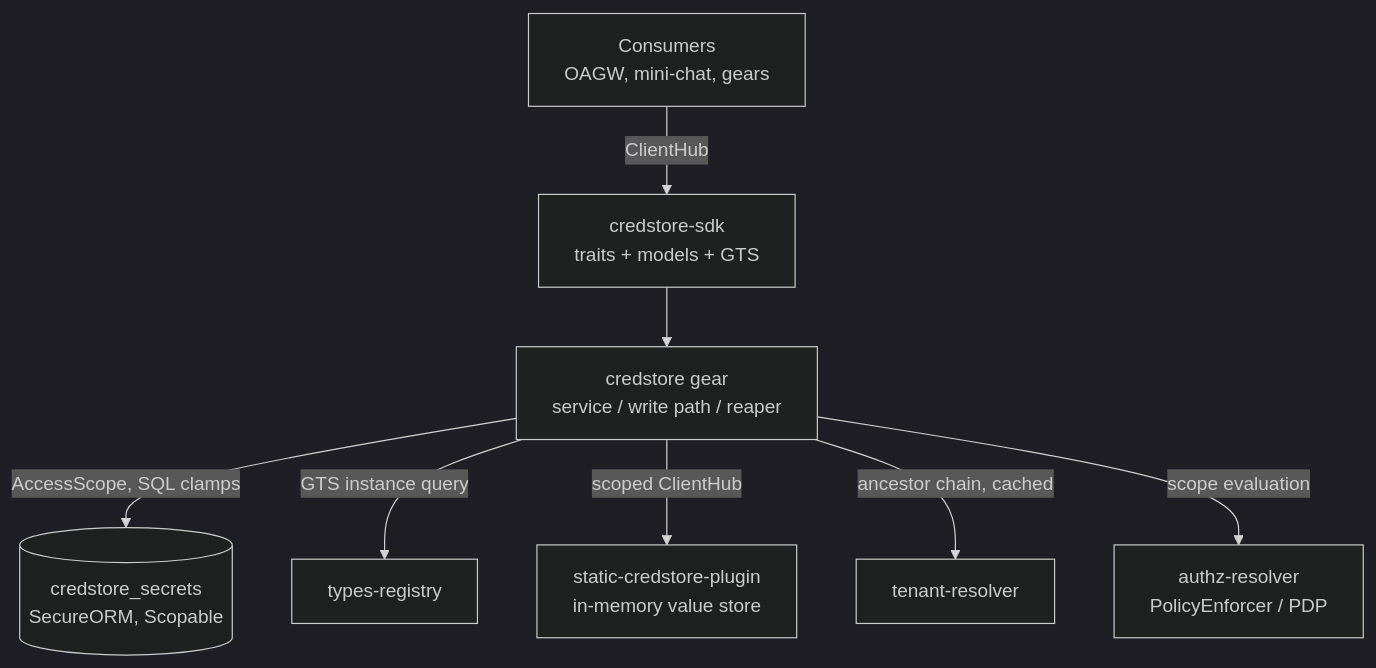
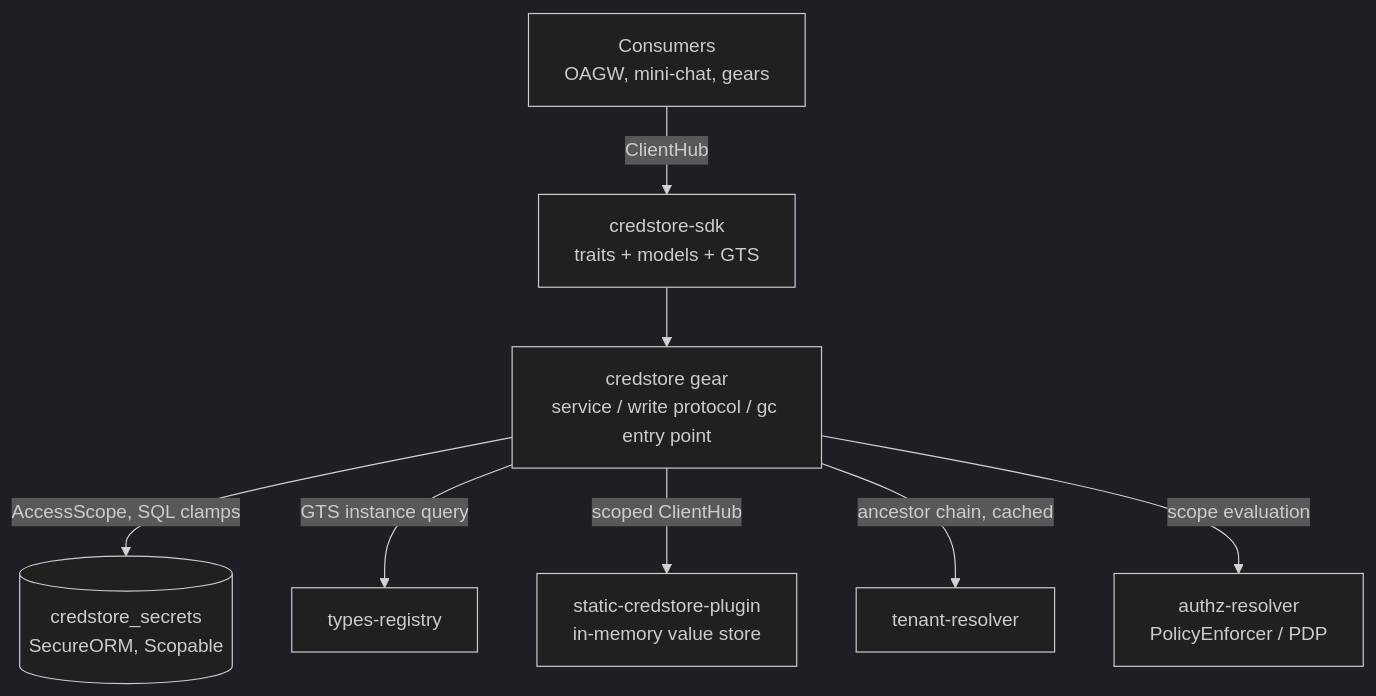
One commit to constructorfabric/gears-rust changed the first of 5 diagrams in gears/credstore/docs/DESIGN.md. Above: the diagram before and after it, drawn with Mermaid (dark theme). The commit also changed other lines of this file and 4 other files, not shown here.

````diff
--- a/gears/credstore/docs/DESIGN.md
+++ b/gears/credstore/docs/DESIGN.md
@@ -305,19 +299,19 @@
 ```mermaid
 graph TB
     Consumer[Consumers<br/>OAGW, mini-chat, gears]
     SDK[credstore-sdk<br/>traits + models + GTS]
-    GW[credstore gear<br/>service / write path / reaper]
+    GW[credstore gear<br/>service / write protocol / gc entry point]
     REPO[(credstore_secrets<br/>SecureORM, Scopable)]
     SP[static-credstore-plugin<br/>in-memory value store]
     PDP[authz-resolver<br/>PolicyEnforcer / PDP]
     TR[tenant-resolver]
     TReg[types-registry]
 
     Consumer -->|ClientHub| SDK
     SDK --> GW
     GW -->|AccessScope, SQL clamps| REPO
     GW -->|GTS instance query| TReg
     GW -->|scoped ClientHub| SP
     GW -->|ancestor chain, cached| TR
     GW -->|scope evaluation| PDP
 ```
````
